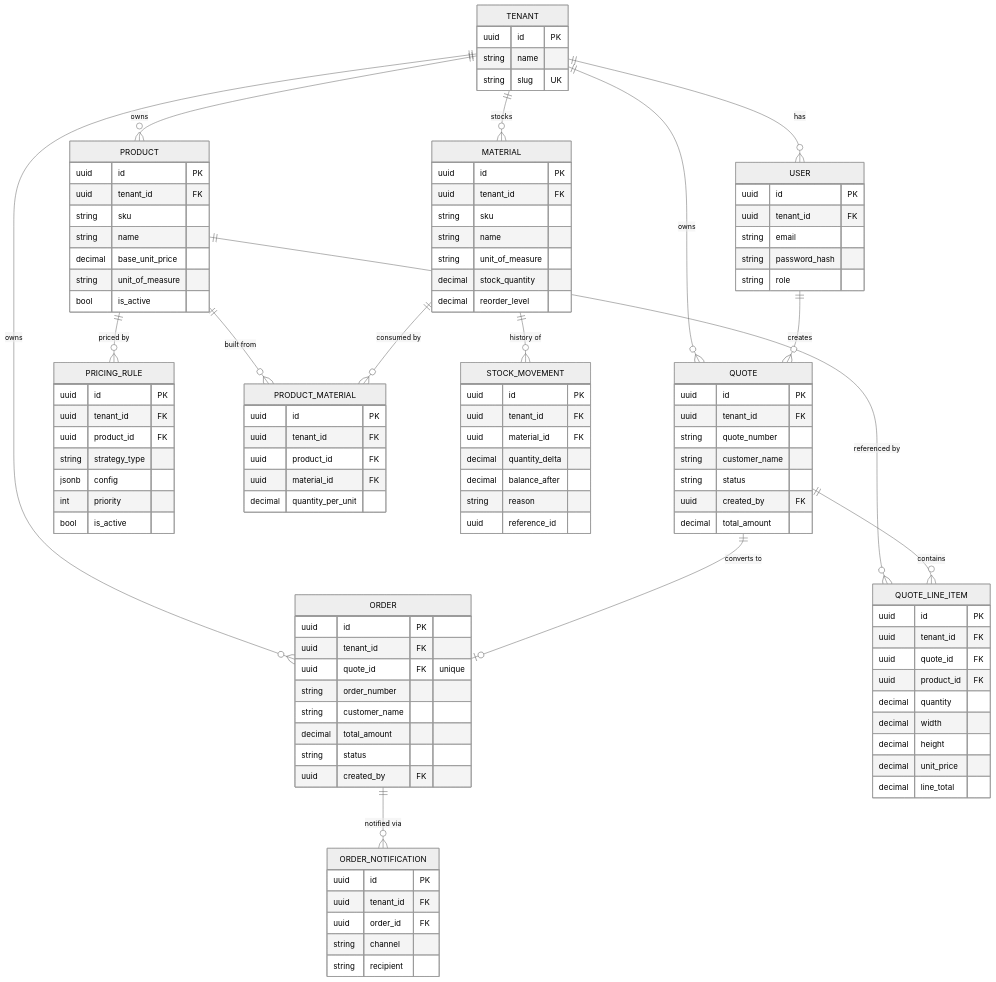
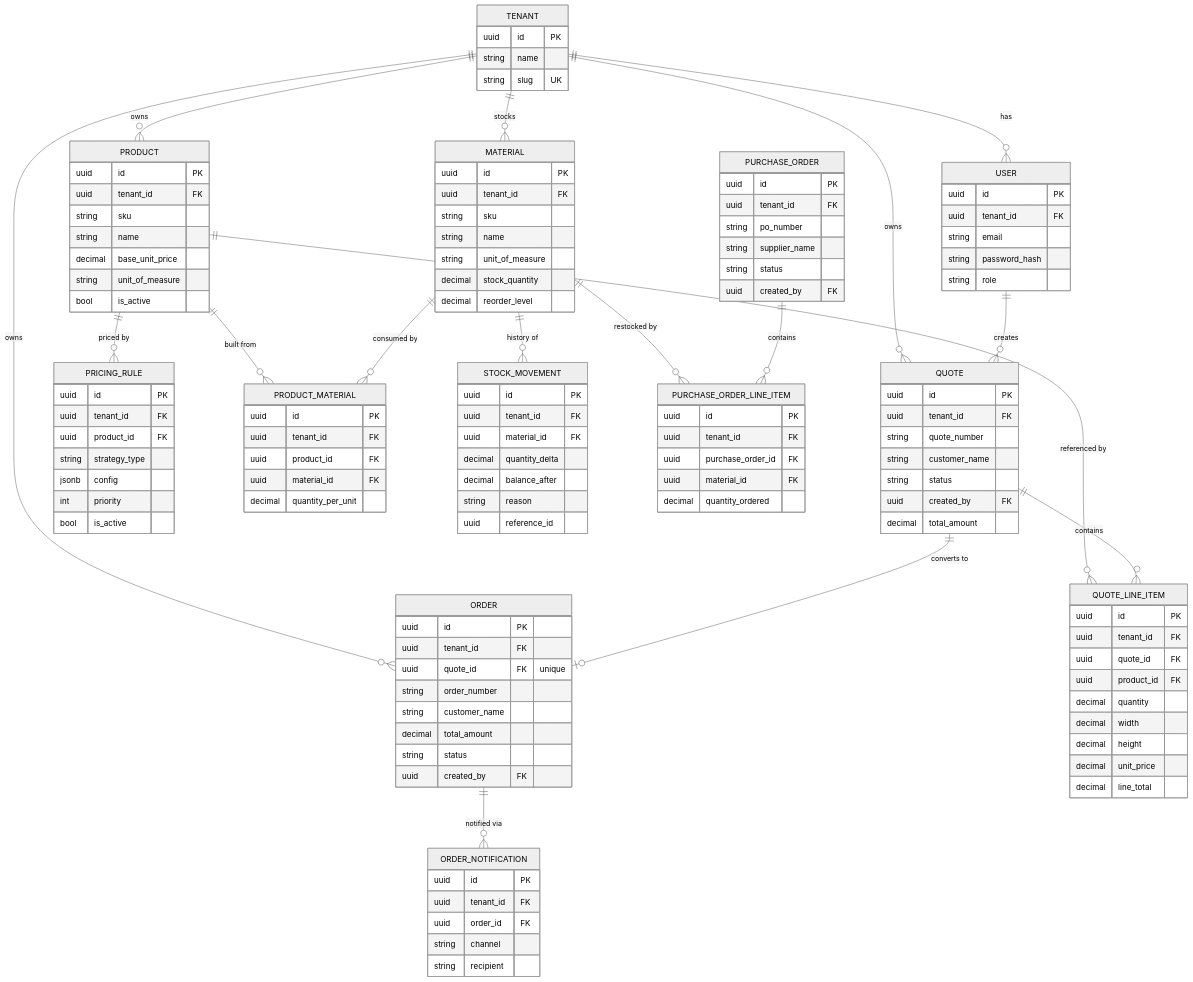
Before and after one commit to UygarGokcen/forgeflow: the diagram in README.md, drawn with Mermaid (neutral theme). The commit also changed other lines of this file and 11 other files, not shown here.

````diff
--- a/README.md
+++ b/README.md
@@ -219,6 +237,8 @@
     PRODUCT ||--o{ PRODUCT_MATERIAL : "built from"
     MATERIAL ||--o{ PRODUCT_MATERIAL : "consumed by"
     MATERIAL ||--o{ STOCK_MOVEMENT : "history of"
+    MATERIAL ||--o{ PURCHASE_ORDER_LINE_ITEM : "restocked by"
+    PURCHASE_ORDER ||--o{ PURCHASE_ORDER_LINE_ITEM : contains
     ORDER ||--o{ ORDER_NOTIFICATION : "notified via"
     QUOTE ||--o{ QUOTE_LINE_ITEM : contains
     QUOTE ||--o| ORDER : "converts to"
@@ -316,4 +336,19 @@
         string channel
         string recipient
     }
+    PURCHASE_ORDER {
+        uuid id PK
+        uuid tenant_id FK
+        string po_number
+        string supplier_name
+        string status
+        uuid created_by FK
+    }
+    PURCHASE_ORDER_LINE_ITEM {
+        uuid id PK
+        uuid tenant_id FK
+        uuid purchase_order_id FK
+        uuid material_id FK
+        decimal quantity_ordered
+    }
 ```
````
